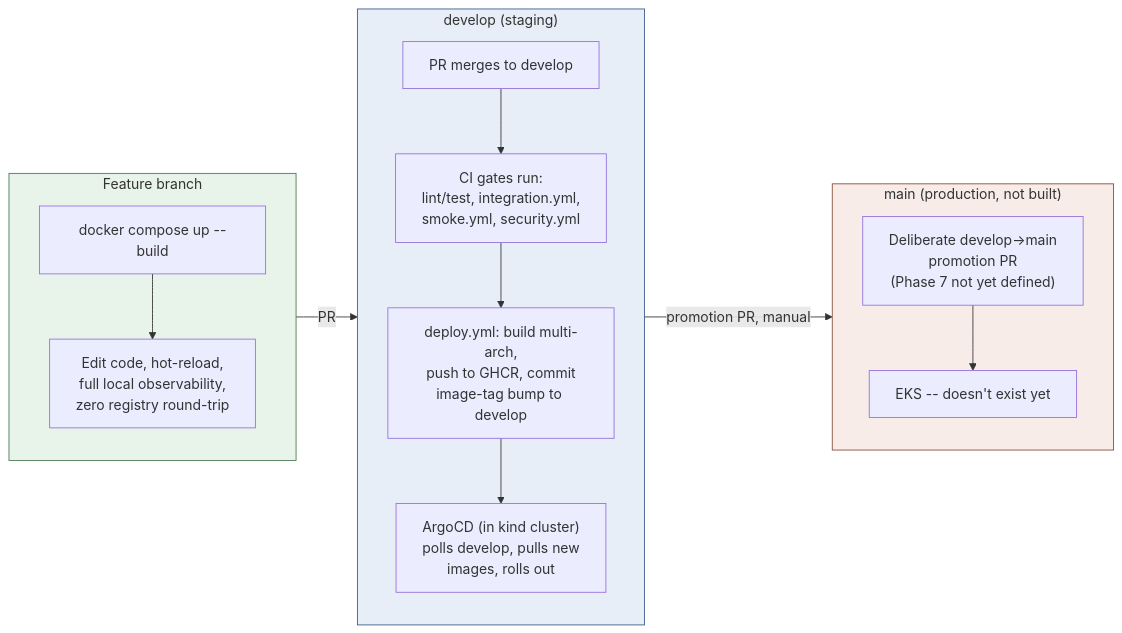
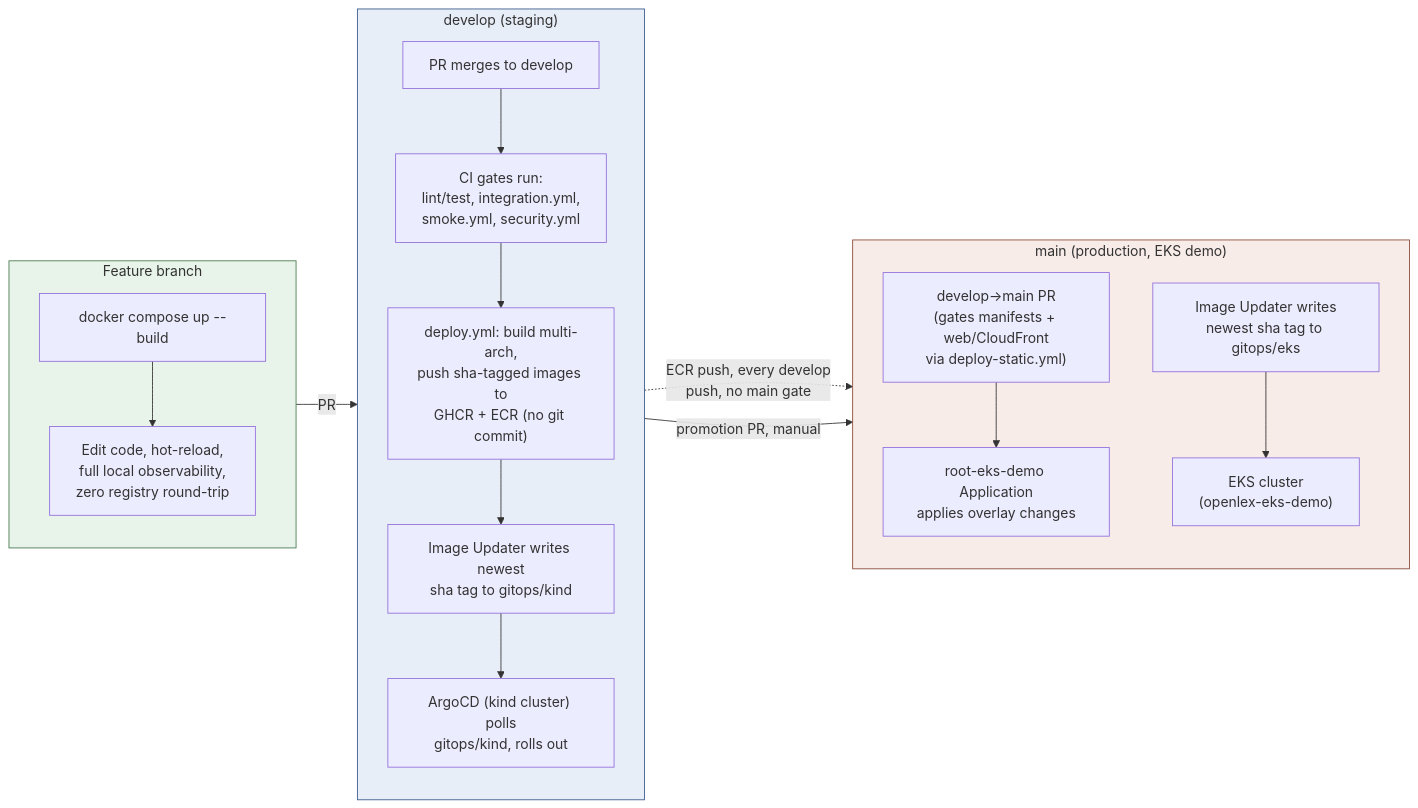
The first of 2 diagrams in docs/infrastructure/dev-workflow-and-branching.md (rozdolsky33/OpenLex), drawn with Mermaid before and after one commit. The commit also changed other lines of this file and 12 other files, not shown here.

First line of the commit message:
Promote develop → main: observability metrics fixes, ArgoCD password pinning, docs/skills (#82)

````diff
--- a/docs/infrastructure/dev-workflow-and-branching.md
+++ b/docs/infrastructure/dev-workflow-and-branching.md
@@ -21,27 +37,30 @@
 ```mermaid
 flowchart LR
     subgraph FB["Feature branch"]
         direction TB
         FB1["docker compose up --build"]
         FB1 --> FB2["Edit code, hot-reload,<br/>full local observability,<br/>zero registry round-trip"]
     end
 
     subgraph DEV["develop (staging)"]
         direction TB
         DEV1["PR merges to develop"] --> DEV2["CI gates run:<br/>lint/test, integration.yml,<br/>smoke.yml, security.yml"]
-        DEV2 --> DEV3["deploy.yml: build multi-arch,<br/>push to GHCR, commit<br/>image-tag bump to develop"]
-        DEV3 --> DEV4["ArgoCD (in kind cluster)<br/>polls develop, pulls new<br/>images, rolls out"]
+        DEV2 --> DEV3["deploy.yml: build multi-arch,<br/>push sha-tagged images to<br/>GHCR + ECR (no git commit)"]
+        DEV3 --> DEV4["Image Updater writes newest<br/>sha tag to gitops/kind"]
+        DEV4 --> DEV5["ArgoCD (kind cluster) polls<br/>gitops/kind, rolls out"]
     end
 
-    subgraph MAIN["main (production, not built)"]
+    subgraph MAIN["main (production, EKS demo)"]
         direction TB
-        MAIN1["Deliberate develop→main<br/>promotion PR<br/>(Phase 7 not yet defined)"] --> MAIN2["EKS -- doesn't exist yet"]
+        MAIN1["develop→main PR<br/>(gates manifests + web/CloudFront<br/>via deploy-static.yml)"] --> MAIN2["root-eks-demo Application<br/>applies overlay changes"]
+        DEV3 -. "ECR push, every develop<br/>push, no main gate" .-> MAIN3["Image Updater writes<br/>newest sha tag to gitops/eks"]
+        MAIN3 --> MAIN4["EKS cluster<br/>(openlex-eks-demo)"]
     end
 
     FB -- "PR" --> DEV
     DEV -- "promotion PR, manual" --> MAIN
 
     style FB fill:#e8f4ea,stroke:#4a7a52
     style DEV fill:#e8eef8,stroke:#3a5a8a
     style MAIN fill:#f8ece8,stroke:#8a4a3a
 ```
````
